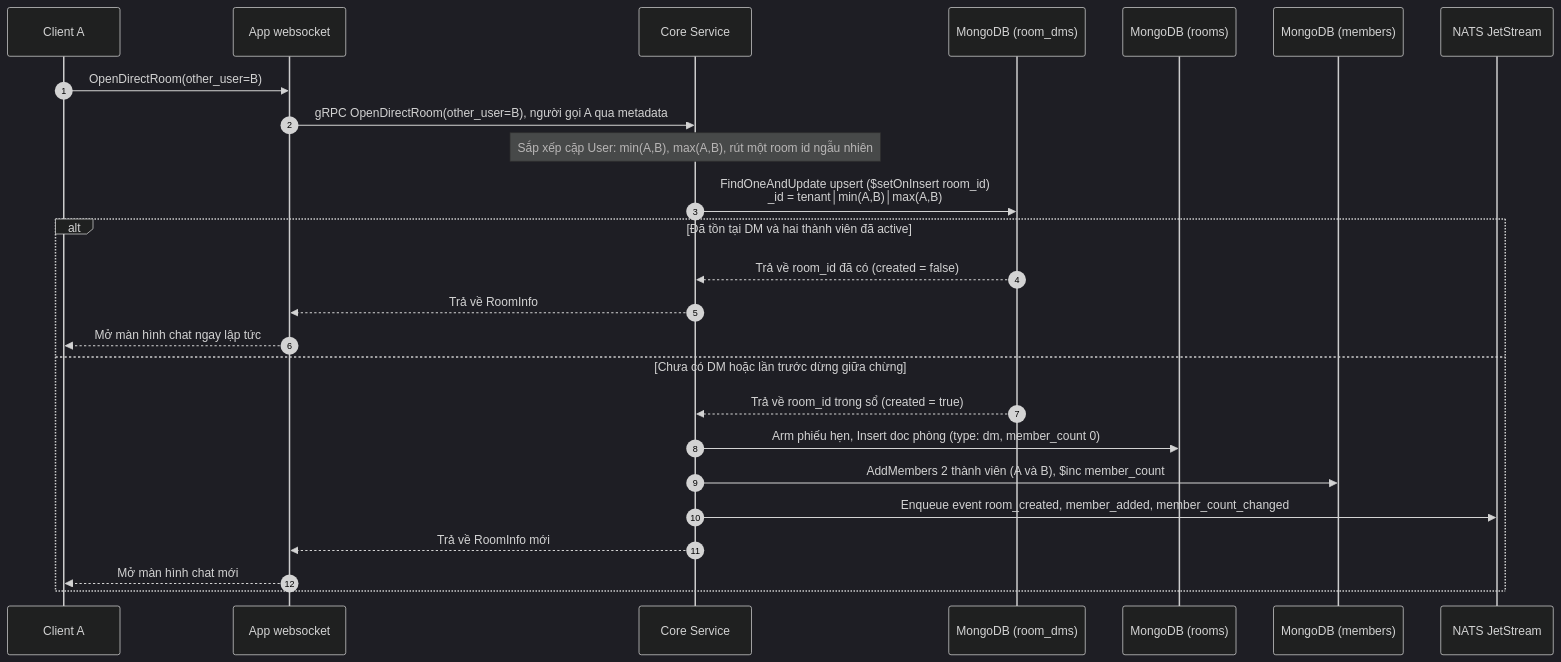
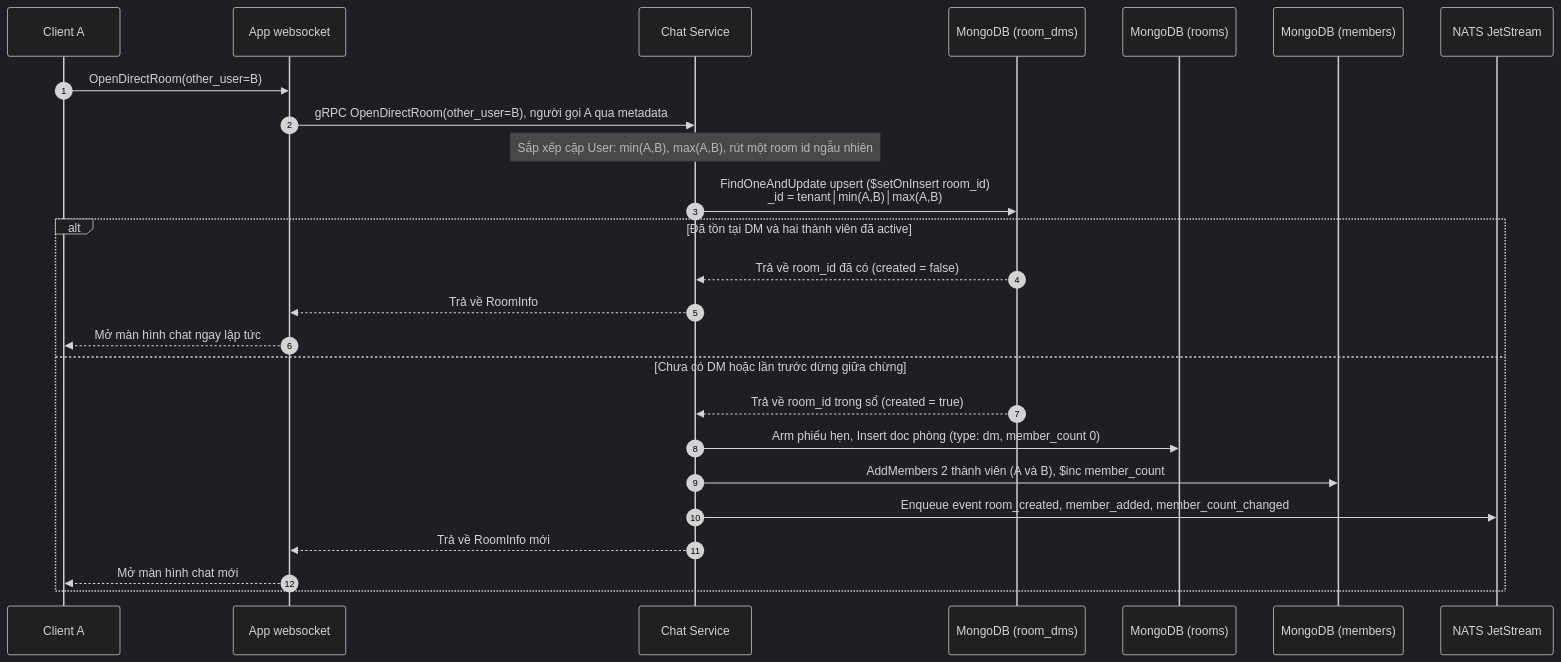
One commit to ivannguyendev/chatim changed the second of 2 diagrams in docs/modules/01-feature-rooms-dms-and-channels.md. Above: the diagram before and after it, drawn with Mermaid (dark theme). The commit also changed other lines of this file and 332 other files, not shown here.

````diff
--- a/docs/modules/01-feature-rooms-dms-and-channels.md
+++ b/docs/modules/01-feature-rooms-dms-and-channels.md
@@ -49,28 +49,28 @@
 ```mermaid
 sequenceDiagram
     autonumber
     participant ClientA as Client A
     participant GW as App websocket
-    participant Core as Core Service
+    participant Chat as Chat Service
     participant DMS as MongoDB (room_dms)
     participant Rooms as MongoDB (rooms)
     participant Members as MongoDB (members)
     participant Bus as NATS JetStream
 
     ClientA->>GW: OpenDirectRoom(other_user=B)
-    GW->>Core: gRPC OpenDirectRoom(other_user=B), người gọi A qua metadata
-    Note over Core: Sắp xếp cặp User: min(A,B), max(A,B), rút một room id ngẫu nhiên
-    Core->>DMS: FindOneAndUpdate upsert ($setOnInsert room_id)<br/>_id = tenant│min(A,B)│max(A,B)
+    GW->>Chat: gRPC OpenDirectRoom(other_user=B), người gọi A qua metadata
+    Note over Chat: Sắp xếp cặp User: min(A,B), max(A,B), rút một room id ngẫu nhiên
+    Chat->>DMS: FindOneAndUpdate upsert ($setOnInsert room_id)<br/>_id = tenant│min(A,B)│max(A,B)
     alt Đã tồn tại DM và hai thành viên đã active
-        DMS-->>Core: Trả về room_id đã có (created = false)
-        Core-->>GW: Trả về RoomInfo
+        DMS-->>Chat: Trả về room_id đã có (created = false)
+        Chat-->>GW: Trả về RoomInfo
         GW-->>ClientA: Mở màn hình chat ngay lập tức
     else Chưa có DM hoặc lần trước dừng giữa chừng
-        DMS-->>Core: Trả về room_id trong sổ (created = true)
-        Core->>Rooms: Arm phiếu hẹn, Insert doc phòng (type: dm, member_count 0)
-        Core->>Members: AddMembers 2 thành viên (A và B), $inc member_count
-        Core->>Bus: Enqueue event room_created, member_added, member_count_changed
-        Core-->>GW: Trả về RoomInfo mới
+        DMS-->>Chat: Trả về room_id trong sổ (created = true)
+        Chat->>Rooms: Arm phiếu hẹn, Insert doc phòng (type: dm, member_count 0)
+        Chat->>Members: AddMembers 2 thành viên (A và B), $inc member_count
+        Chat->>Bus: Enqueue event room_created, member_added, member_count_changed
+        Chat-->>GW: Trả về RoomInfo mới
         GW-->>ClientA: Mở màn hình chat mới
     end
 ```
````
